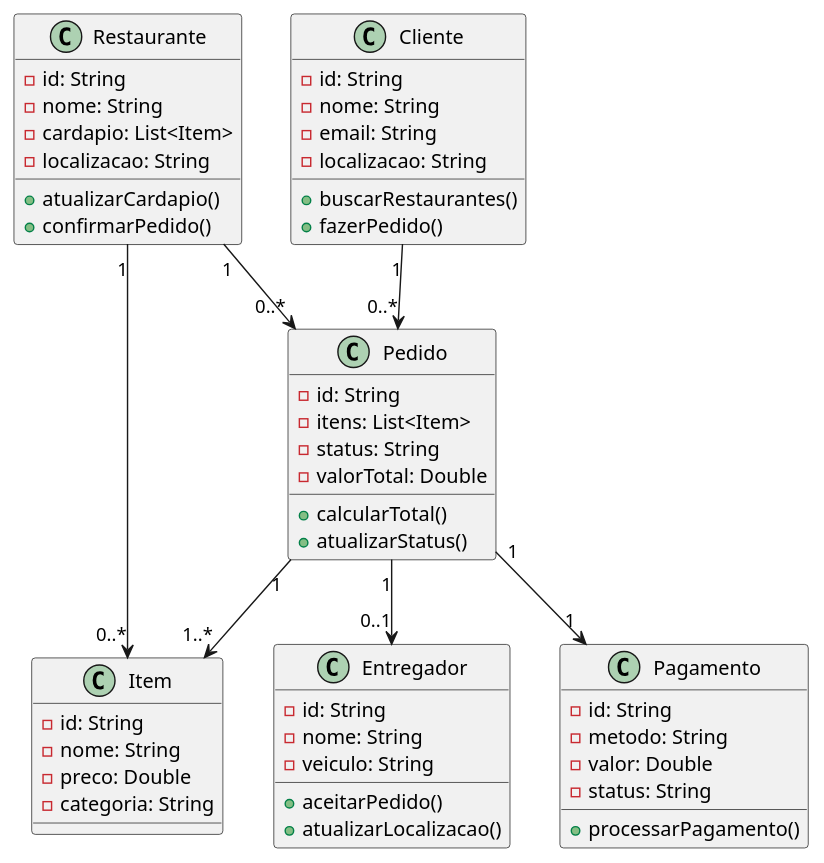
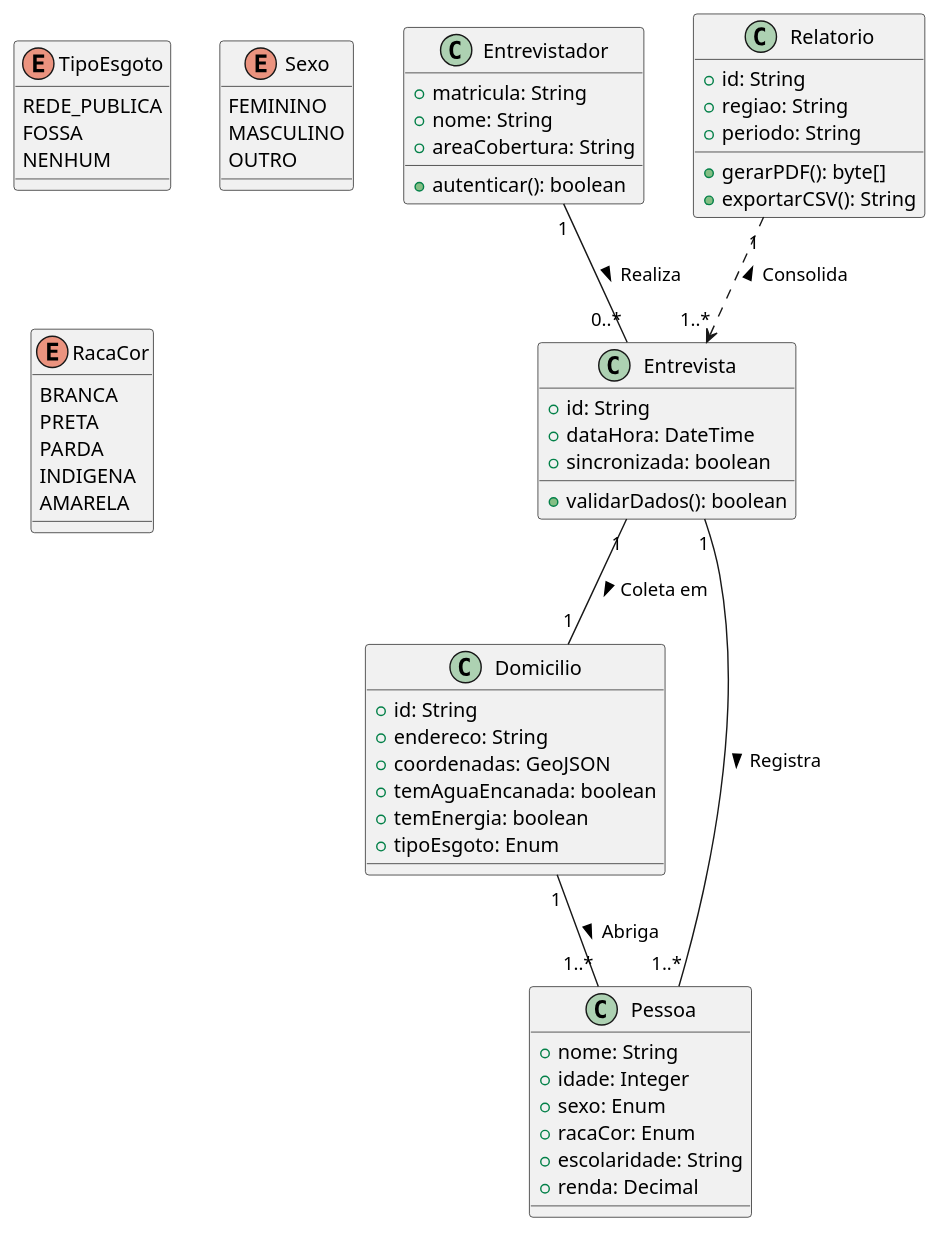
Before and after one commit to jonh-carvalho/PBE_25.1_8001: the third of 3 diagrams in docs/_Disciplina/Roteiros/06_LevantamentoRequisitos.md, drawn with PlantUML. The commit also changed other lines of this file, not shown here.

````diff
--- a/docs/_Disciplina/Roteiros/06_LevantamentoRequisitos.md
+++ b/docs/_Disciplina/Roteiros/06_LevantamentoRequisitos.md
@@ -327,63 +248,74 @@
 ```plantuml
-@startuml FastDelivery_DiagramaClasses
+@startuml DiagramaDeClasses_CensoDemografico
 
-class Cliente {
-  - id: String
-  - nome: String
-  - email: String
-  - localizacao: String
-  + buscarRestaurantes()
-  + fazerPedido()
+' --- Classes Principais ---
+class Entrevistador {
+  + matricula: String
+  + nome: String
+  + areaCobertura: String
+  + autenticar(): boolean
 }
 
-class Restaurante {
-  - id: String
-  - nome: String
-  - cardapio: List<Item>
-  - localizacao: String
-  + atualizarCardapio()
-  + confirmarPedido()
+class Domicilio {
+  + id: String
+  + endereco: String
+  + coordenadas: GeoJSON
+  + temAguaEncanada: boolean
+  + temEnergia: boolean
+  + tipoEsgoto: Enum
 }
 
-class Pedido {
-  - id: String
-  - itens: List<Item>
-  - status: String
-  - valorTotal: Double
-  + calcularTotal()
-  + atualizarStatus()
+class Entrevista {
+  + id: String
+  + dataHora: DateTime
+  + sincronizada: boolean
+  + validarDados(): boolean
 }
 
-class Item {
-  - id: String
-  - nome: String
-  - preco: Double
-  - categoria: String
+class Pessoa {
+  + nome: String
+  + idade: Integer
+  + sexo: Enum
+  + racaCor: Enum
+  + escolaridade: String
+  + renda: Decimal
 }
 
-class Entregador {
-  - id: String
-  - nome: String
-  - veiculo: String
-  + aceitarPedido()
-  + atualizarLocalizacao()
+class Relatorio {
+  + id: String
+  + regiao: String
+  + periodo: String
+  + gerarPDF(): byte[]
+  + exportarCSV(): String
 }
 
-class Pagamento {
-  - id: String
-  - metodo: String
-  - valor: Double
-  - status: String
-  + processarPagamento()
+' --- Relacionamentos ---
+Entrevistador "1" -- "0..*" Entrevista : Realiza >
+Domicilio "1" -- "1..*" Pessoa : Abriga >
+Entrevista "1" -- "1" Domicilio : Coleta em >
+Entrevista "1" -- "1..*" Pessoa : Registra >
+Relatorio "1" ..> "1..*" Entrevista : Consolida <
+
+' --- Enums ---
+enum TipoEsgoto {
+  REDE_PUBLICA
+  FOSSA
+  NENHUM
 }
 
-' Relacionamentos
-Cliente "1" --> "0..*" Pedido
-Restaurante "1" --> "0..*" Pedido
-Pedido "1" --> "1..*" Item
-Pedido "1" --> "1" Pagamento
-Pedido "1" --> "0..1" Entregador
-Restaurante "1" --> "0..*" Item
+enum Sexo {
+  FEMININO
+  MASCULINO
+  OUTRO
+}
+
+enum RacaCor {
+  BRANCA
+  PRETA
+  PARDA
+  INDIGENA
+  AMARELA
+}
 
 @enduml
 ```
````
